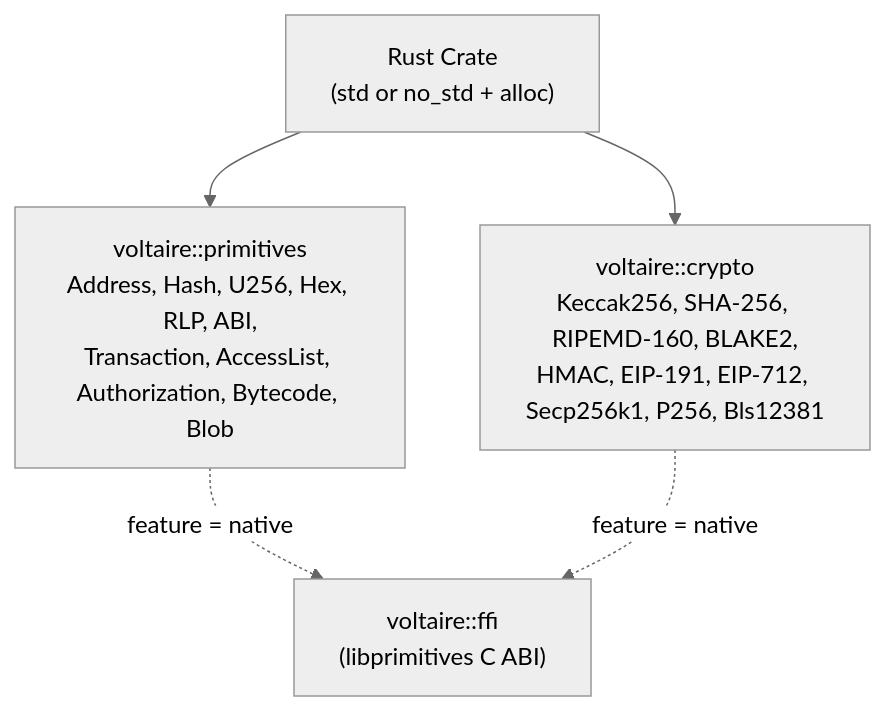
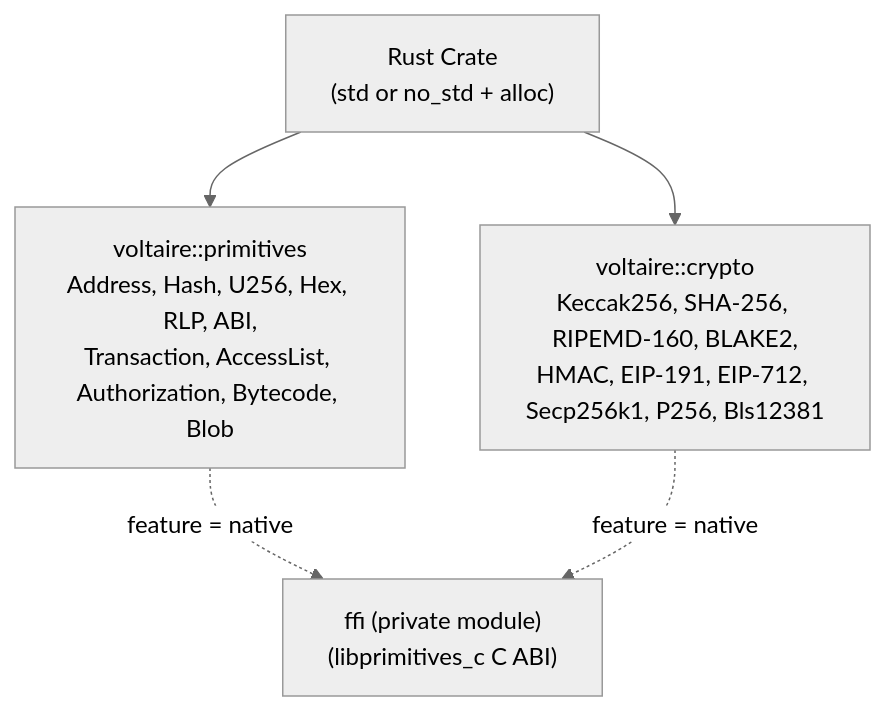
One commit to evmts/voltaire changed the diagram in packages/voltaire-rs/README.md. Above: the diagram before and after it, drawn with Mermaid (neutral theme). The commit also changed other lines of this file and 129 other files, not shown here.

````diff
--- a/packages/voltaire-rs/README.md
+++ b/packages/voltaire-rs/README.md
@@ -9,7 +9,7 @@
 ```mermaid
 flowchart TB
     App["Rust Crate\n(std or no_std + alloc)"] --> Prim["voltaire::primitives\nAddress, Hash, U256, Hex, RLP, ABI,\nTransaction, AccessList, Authorization, Bytecode, Blob"]
     App --> Crypto["voltaire::crypto\nKeccak256, SHA-256, RIPEMD-160, BLAKE2,\nHMAC, EIP-191, EIP-712, Secp256k1, P256, Bls12381"]
-    Prim -.->|"feature = native"| FFI["voltaire::ffi\n(libprimitives C ABI)"]
+    Prim -.->|"feature = native"| FFI["ffi (private module)\n(libprimitives_c C ABI)"]
     Crypto -.->|"feature = native"| FFI
 ```
````
